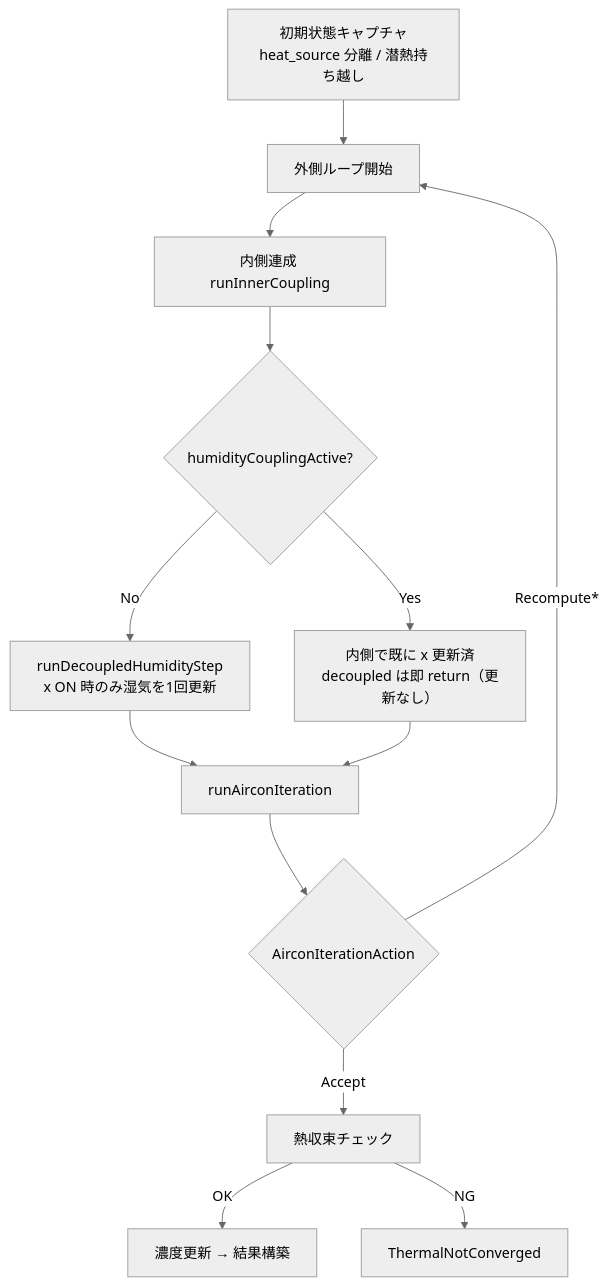
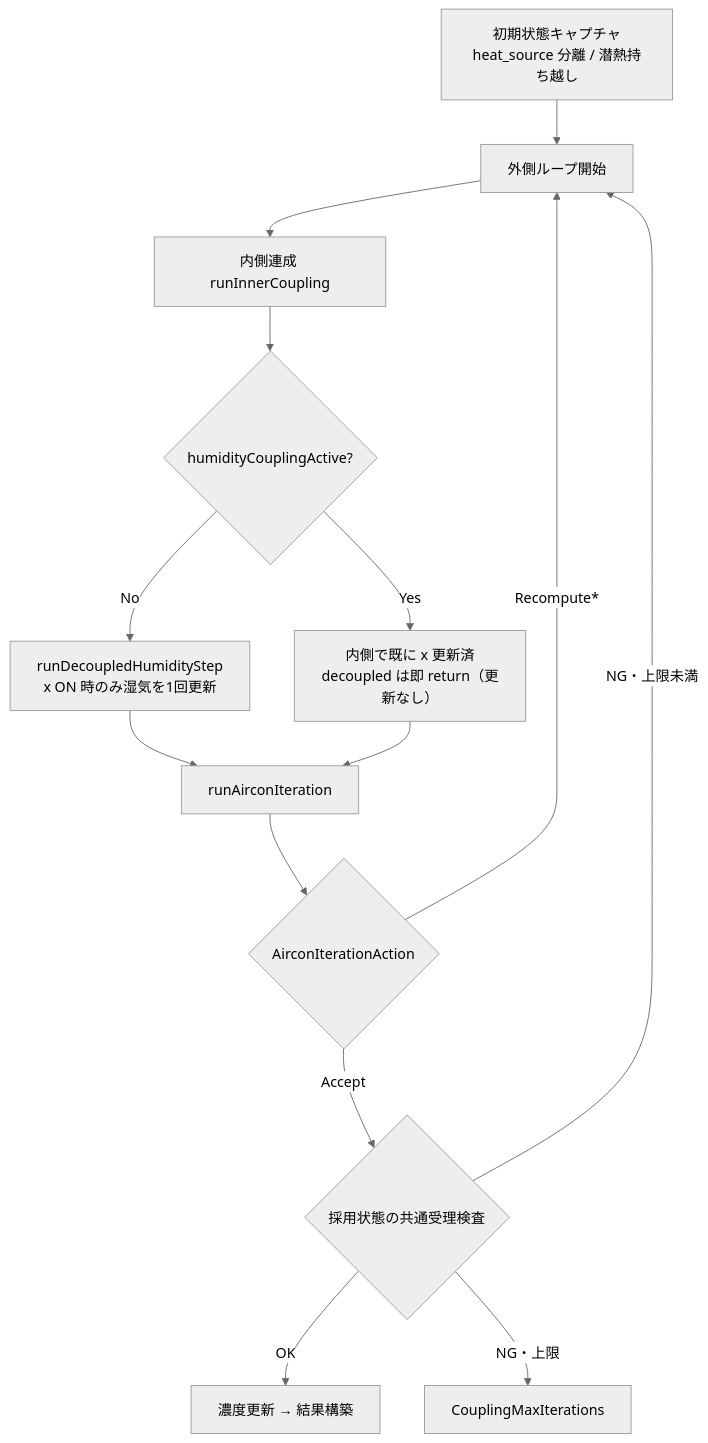
One commit to iguchi-lab/vtsimnx changed the third of 11 diagrams in engine/docs/simulation_loops.md. Above: the diagram before and after it, drawn with Mermaid (neutral theme). The commit also changed other lines of this file and 5 other files, not shown here.

````diff
--- a/engine/docs/simulation_loops.md
+++ b/engine/docs/simulation_loops.md
@@ -58,15 +58,16 @@
 ```mermaid
 flowchart TD
     A["初期状態キャプチャ<br/>heat_source 分離 / 潜熱持ち越し"] --> B["外側ループ開始"]
     B --> C["内側連成 runInnerCoupling"]
     C --> D{"humidityCouplingActive?"}
     D -->|No| E["runDecoupledHumidityStep<br/>x ON 時のみ湿気を1回更新"]
     D -->|Yes| F["内側で既に x 更新済<br/>decoupled は即 return（更新なし）"]
     E --> G["runAirconIteration"]
     F --> G
     G --> H{"AirconIterationAction"}
-    H -->|Accept| I["熱収束チェック"]
+    H -->|Accept| I{"採用状態の共通受理検査"}
     H -->|Recompute*| B
     I -->|OK| J["濃度更新 → 結果構築"]
-    I -->|NG| K["ThermalNotConverged"]
+    I -->|NG・上限未満| B
+    I -->|NG・上限| K["CouplingMaxIterations"]
 ```
````
